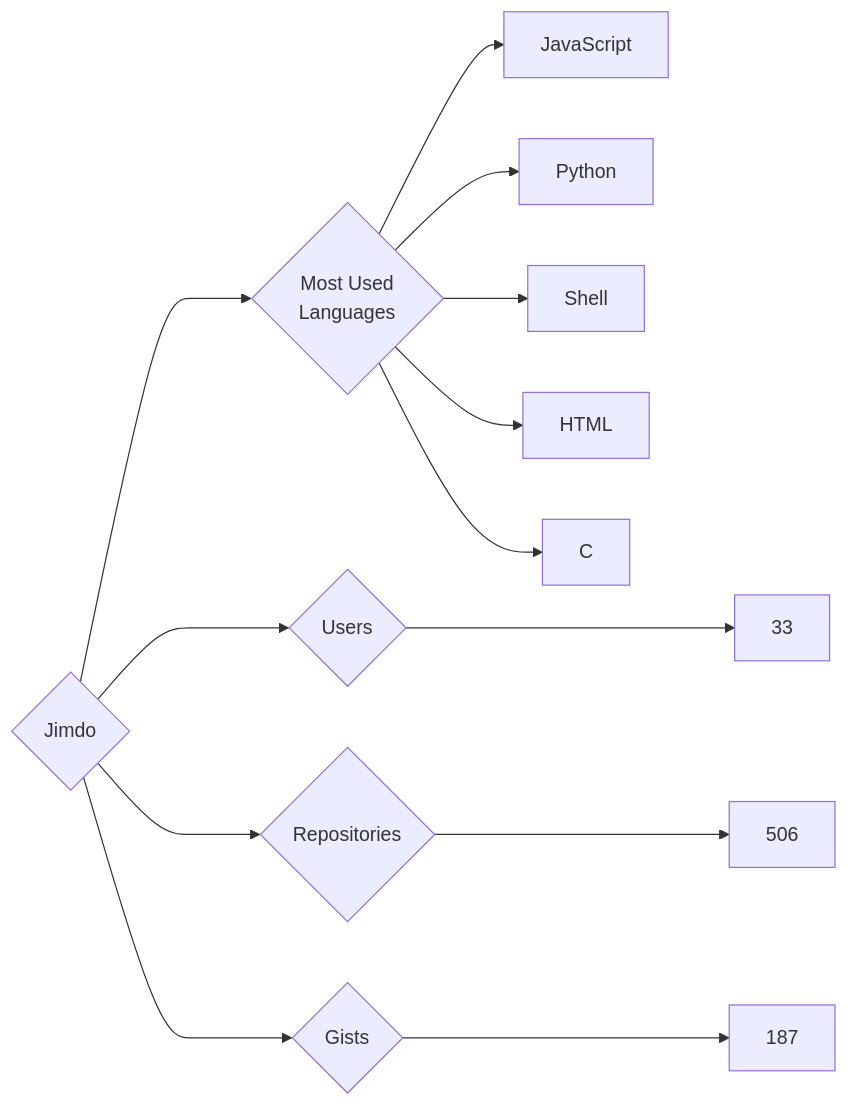
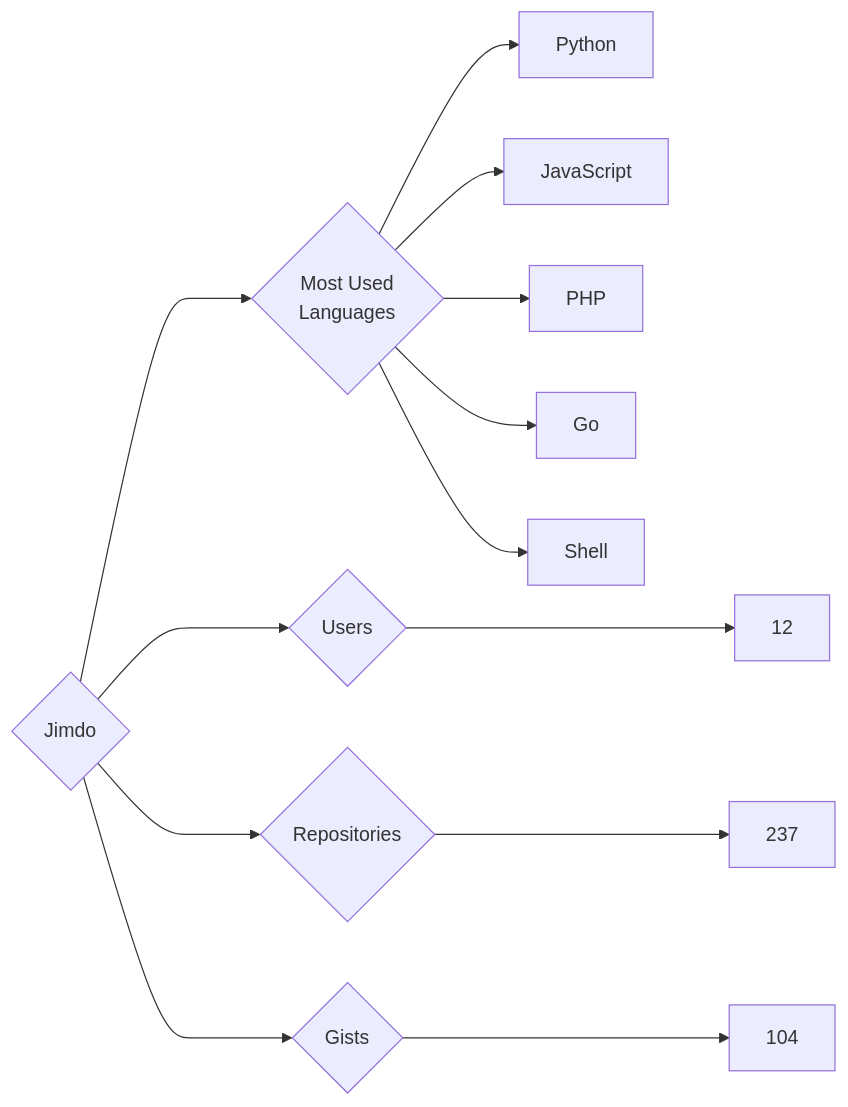
The diagram in targets/Jimdo/README.md (trickest/insiders), drawn with Mermaid before and after one commit. The commit also changed 984 other files, not shown here.

````diff
--- a/targets/Jimdo/README.md
+++ b/targets/Jimdo/README.md
@@ -3,13 +3,13 @@
 ```mermaid
 graph LR
 COMPANY_NAME{Jimdo}
-COMPANY_NAME ---> U{Users} ---> UN[33]
-COMPANY_NAME ---> R{Repositories} ---> RN[506]
-COMPANY_NAME ---> G{Gists} ---> GN[187]
+COMPANY_NAME ---> U{Users} ---> UN[12]
+COMPANY_NAME ---> R{Repositories} ---> RN[237]
+COMPANY_NAME ---> G{Gists} ---> GN[104]
 COMPANY_NAME ---> ML{Most Used<br>Languages}
+ML --> Python[Python]
 ML --> JavaScript[JavaScript]
-ML --> Python[Python]
+ML --> PHP[PHP]
+ML --> Go[Go]
 ML --> Shell[Shell]
-ML --> HTML[HTML]
-ML --> C[C]
 ```
````
